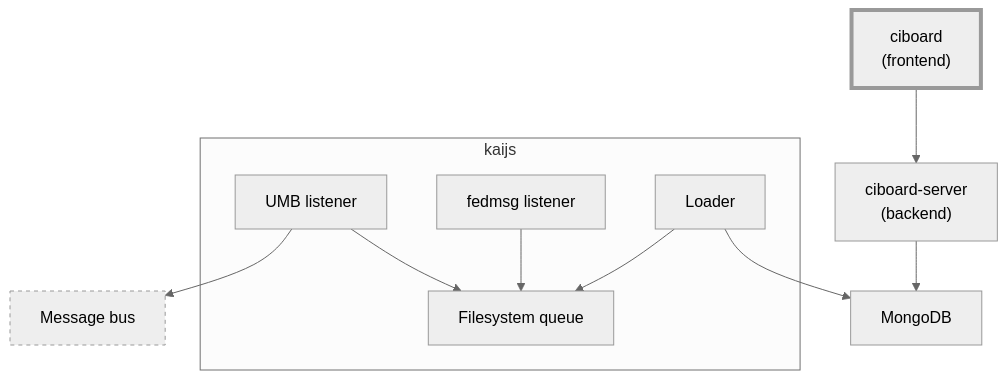
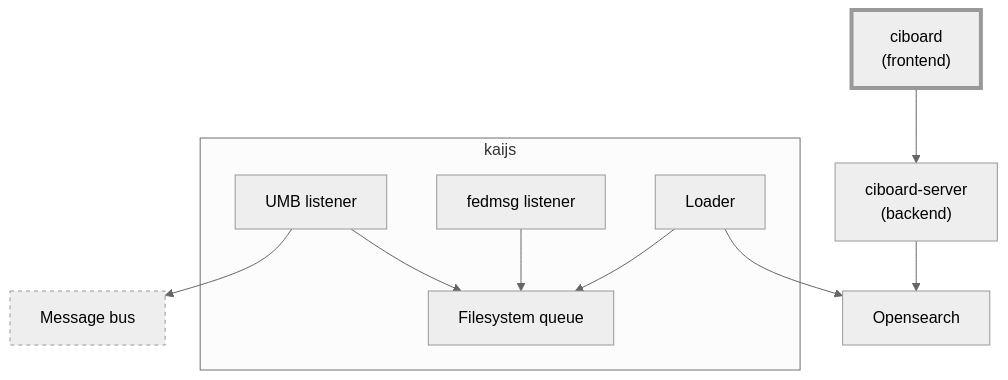
Before and after one commit to fedora-ci/ciboard: the diagram in README.md, drawn with Mermaid (neutral theme). The commit also changed 103 other files, not shown here.

````diff
--- a/README.md
+++ b/README.md
@@ -9,22 +9,22 @@
 ```mermaid
 graph TB
 
 umb-listener --> bus[Message bus]:::outside
 
 subgraph kaijs
 umb-listener[UMB listener] --> queue[Filesystem queue]
 fedmsg-listener[fedmsg listener] --> queue
 Loader --> queue
 end
 
-Loader --> db[MongoDB]
+Loader --> db[Opensearch]
 server["ciboard-server<br>(backend)"] --> db
 ciboard["ciboard<br>(frontend)"]:::focus --> server
 
 click ciboard "https://github.com/fedora-ci/ciboard/" "ciboard GitHub repositotry" _blank
 click server "https://github.com/fedora-ci/ciboard-server/" "ciboard-server GitHub repositotry" _blank
 click kaijs "https://github.com/fedora-ci/kaijs/" "kaijs GitHub repositotry" _blank
 
 classDef focus stroke-width: 4
 classDef outside stroke-dasharray: 4
 ```
````
